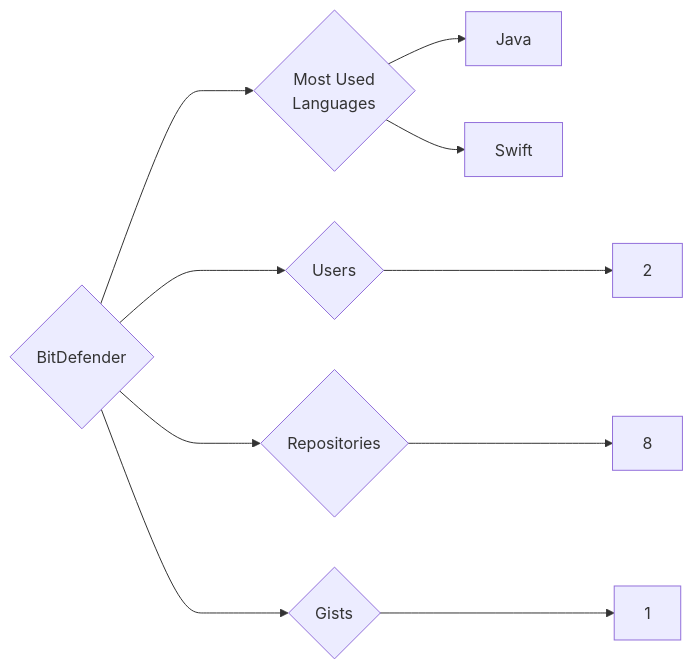
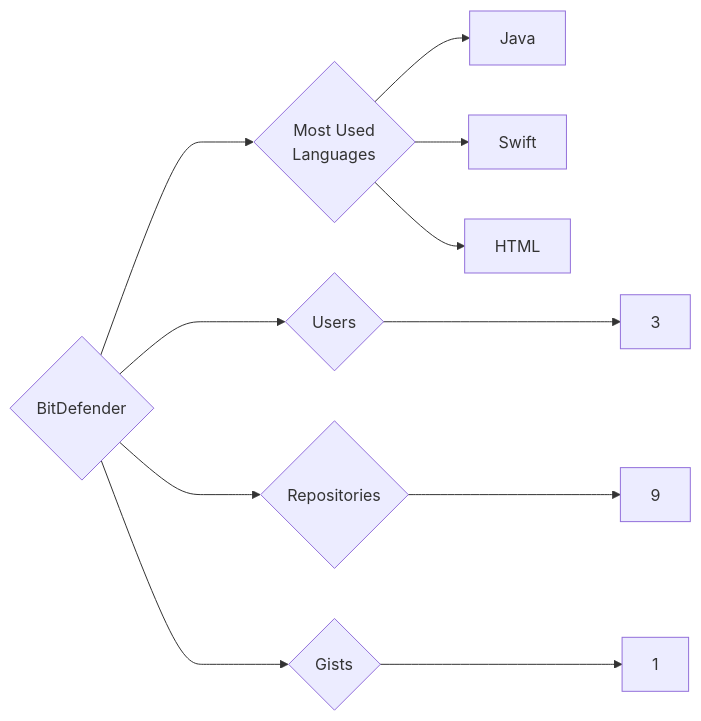
The diagram in targets/BitDefender/README.md (trickest/insiders), drawn with Mermaid before and after one commit. The commit also changed 1148 other files, not shown here.

````diff
--- a/targets/BitDefender/README.md
+++ b/targets/BitDefender/README.md
@@ -3,10 +3,11 @@
 ```mermaid
 graph LR
 COMPANY_NAME{BitDefender}
-COMPANY_NAME ---> U{Users} ---> UN[2]
-COMPANY_NAME ---> R{Repositories} ---> RN[8]
+COMPANY_NAME ---> U{Users} ---> UN[3]
+COMPANY_NAME ---> R{Repositories} ---> RN[9]
 COMPANY_NAME ---> G{Gists} ---> GN[1]
 COMPANY_NAME ---> ML{Most Used<br>Languages}
 ML --> Java[Java]
 ML --> Swift[Swift]
+ML --> HTML[HTML]
 ```
````
